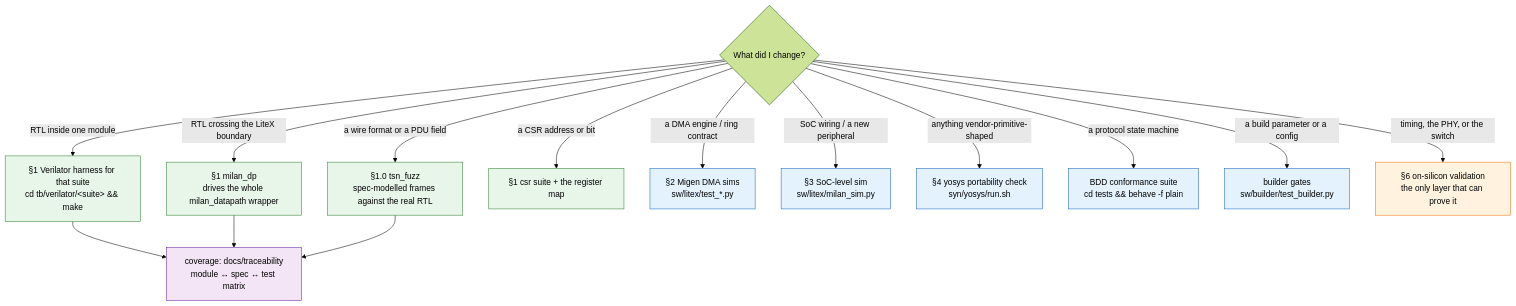
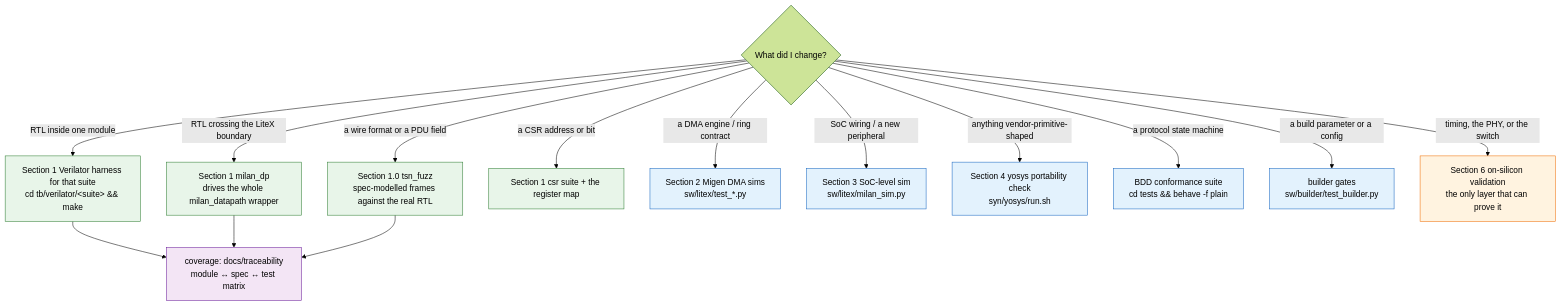
Before and after one commit to kebag-logic/milan-fpga: the diagram in docs/testing/TESTING.md, drawn with Mermaid (forest theme). The commit also changed other lines of this file and 67 other files, not shown here.

````diff
--- a/docs/testing/TESTING.md
+++ b/docs/testing/TESTING.md
@@ -105,27 +105,27 @@
 ```mermaid
 flowchart TB
     Q{"What did I change?"}
-    Q -->|"RTL inside one module"| V["§1 Verilator harness for that suite<br/>cd tb/verilator/&lt;suite&gt; && make"]
-    Q -->|"RTL crossing the LiteX boundary"| DP["§1 milan_dp<br/>drives the whole milan_datapath wrapper"]
-    Q -->|"a wire format or a PDU field"| FZ["§1.0 tsn_fuzz<br/>spec-modelled frames against the real RTL"]
-    Q -->|"a CSR address or bit"| CSRT["§1 csr suite + the register map"]
-    Q -->|"a DMA engine / ring contract"| MG["§2 Migen DMA sims<br/>sw/litex/test_*.py"]
-    Q -->|"SoC wiring / a new peripheral"| SOC["§3 SoC-level sim<br/>sw/litex/milan_sim.py"]
-    Q -->|"anything vendor-primitive-shaped"| YS["§4 yosys portability check<br/>syn/yosys/run.sh"]
+    Q -->|"RTL inside one module"| V["Section 1 Verilator harness for that suite<br/>cd tb/verilator/&lt;suite&gt; && make"]
+    Q -->|"RTL crossing the LiteX boundary"| DP["Section 1 milan_dp<br/>drives the whole milan_datapath wrapper"]
+    Q -->|"a wire format or a PDU field"| FZ["Section 1.0 tsn_fuzz<br/>spec-modelled frames against the real RTL"]
+    Q -->|"a CSR address or bit"| CSRT["Section 1 csr suite + the register map"]
+    Q -->|"a DMA engine / ring contract"| MG["Section 2 Migen DMA sims<br/>sw/litex/test_*.py"]
+    Q -->|"SoC wiring / a new peripheral"| SOC["Section 3 SoC-level sim<br/>sw/litex/milan_sim.py"]
+    Q -->|"anything vendor-primitive-shaped"| YS["Section 4 yosys portability check<br/>syn/yosys/run.sh"]
     Q -->|"a protocol state machine"| BDD["BDD conformance suite<br/>cd tests && behave -f plain"]
     Q -->|"a build parameter or a config"| BLD["builder gates<br/>sw/builder/test_builder.py"]
-    Q -->|"timing, the PHY, or the switch"| SIL["§6 on-silicon validation<br/>the only layer that can prove it"]
+    Q -->|"timing, the PHY, or the switch"| SIL["Section 6 on-silicon validation<br/>the only layer that can prove it"]
 
     V --> MTX["coverage: docs/traceability<br/>module ↔ spec ↔ test matrix"]
     DP --> MTX
     FZ --> MTX
 
     classDef sim fill:#E8F5E9,stroke:#2E7D32
     classDef host fill:#E3F2FD,stroke:#1565C0
     classDef silc fill:#FFF3E0,stroke:#EF6C00
     classDef meta fill:#F3E5F5,stroke:#6A1B9A
     class V,DP,FZ,CSRT sim
     class MG,SOC,YS,BDD,BLD host
     class SIL silc
     class MTX meta
 ```
````
